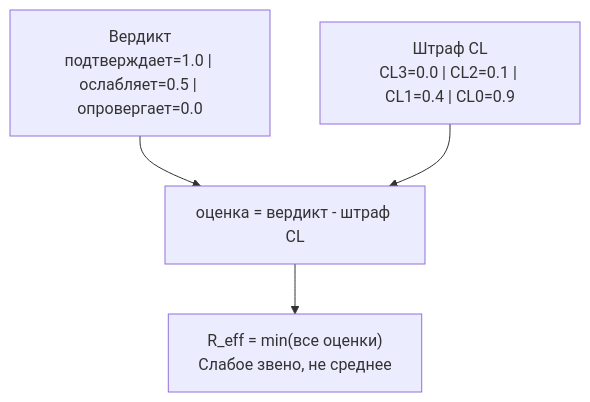
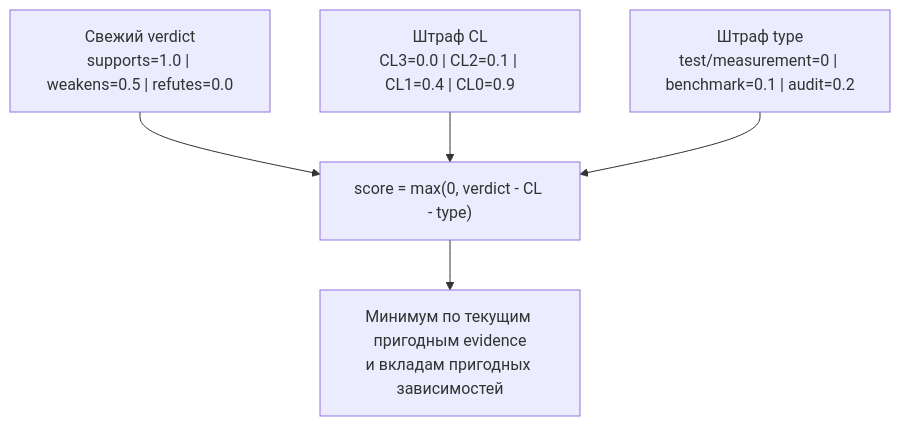
The diagram in website/src/content/docs/ru/docs/methodology/evidence.md (ForgePlan/forgeplan), drawn with Mermaid before and after one commit. The commit also changed other lines of this file and 898 other files, not shown here.

````diff
--- a/website/src/content/docs/ru/docs/methodology/evidence.md
+++ b/website/src/content/docs/ru/docs/methodology/evidence.md
@@ -28,6 +32,7 @@
 ```mermaid
 flowchart TD
-  V["Вердикт\nподтверждает=1.0 | ослабляет=0.5 | опровергает=0.0"] --> S["оценка = вердикт - штраф CL"]
+  V["Свежий verdict\nsupports=1.0 | weakens=0.5 | refutes=0.0"] --> S["score = max(0, verdict - CL - type)"]
   CL["Штраф CL\nCL3=0.0 | CL2=0.1 | CL1=0.4 | CL0=0.9"] --> S
-  S --> R["R_eff = min(все оценки)\nСлабое звено, не среднее"]
+  T["Штраф type\ntest/measurement=0 | benchmark=0.1 | audit=0.2"] --> S
+  S --> R["Минимум по текущим пригодным evidence\nи вкладам пригодных зависимостей"]
 ```
````
